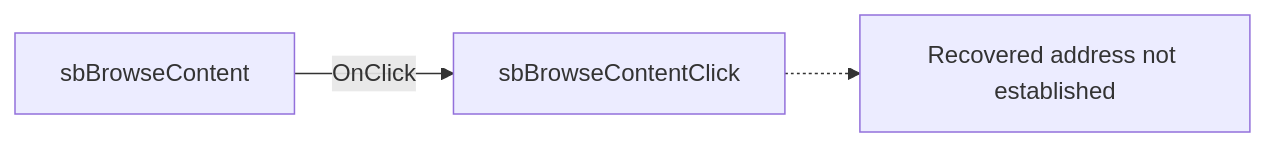
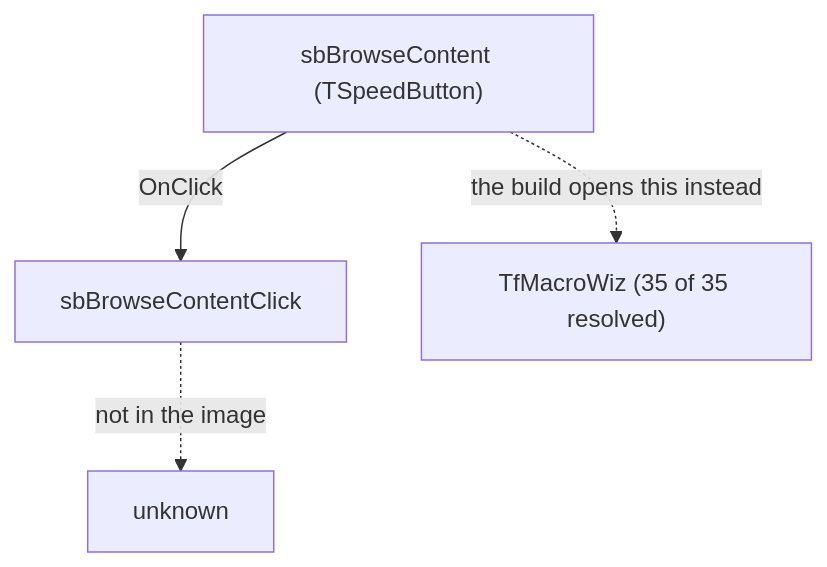
The diagram in docs/ui-controls/newmacrocompform/sbbrowsecontent-a70de5c18d.md (MovGP0/TIARA), drawn with Mermaid before and after one commit. The commit also changed other lines of this file and 106 other files, not shown here.

````diff
--- a/docs/ui-controls/newmacrocompform/sbbrowsecontent-a70de5c18d.md
+++ b/docs/ui-controls/newmacrocompform/sbbrowsecontent-a70de5c18d.md
@@ -27,5 +31,6 @@
 ```mermaid
-flowchart LR
-    control["sbBrowseContent"] -->|OnClick| handler["sbBrowseContentClick"]
-    handler -.-> unresolved["Recovered address not established"]
+flowchart TD
+    control["sbBrowseContent (TSpeedButton)"] -->|"OnClick"| handler["sbBrowseContentClick"]
+    handler -.->|"not in the image"| gone["unknown"]
+    control -.->|"the build opens this instead"| modern["TfMacroWiz (35 of 35 resolved)"]
 ```
````
